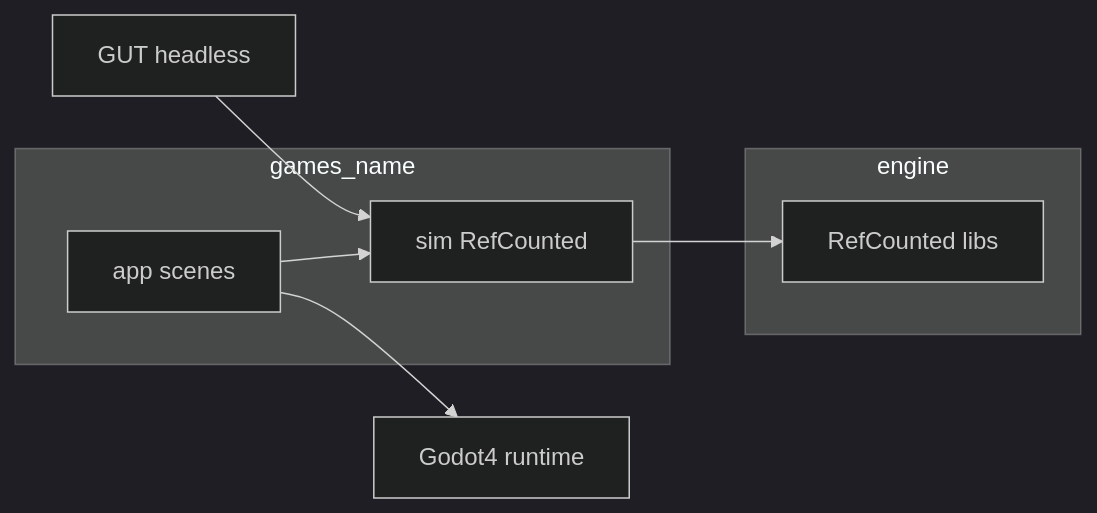
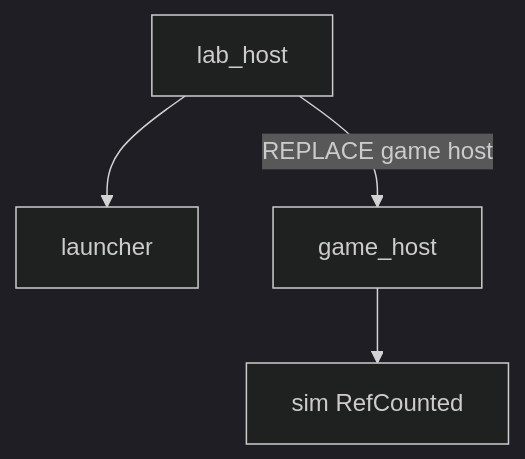
One commit to kblaszki/godot-game changed the first of 2 diagrams in docs/explanation/architecture.md. Above: the diagram before and after it, drawn with Mermaid (dark theme). The commit also changed other lines of this file and 14 other files, not shown here.

First line of the commit message:
Add nested lab launcher and return-to-lab quit.

````diff
--- a/docs/explanation/architecture.md
+++ b/docs/explanation/architecture.md
@@ -27,15 +27,10 @@
 ```mermaid
-flowchart LR
-  subgraph shared [engine]
-    CoreTypes[RefCounted libs]
-  end
-  subgraph game [games_name]
-    Sim[sim RefCounted]
-    App[app scenes]
-  end
-  Tests[GUT headless]
-  Sim --> CoreTypes
-  App --> Sim
-  Tests --> Sim
-  App --> GodotRuntime[Godot4 runtime]
+flowchart TD
+  LabHost[lab_host]
+  Launcher[launcher]
+  GameHost[game_host]
+  Sim[sim RefCounted]
+  LabHost --> Launcher
+  LabHost -->|"REPLACE game host"| GameHost
+  GameHost --> Sim
 ```
````
